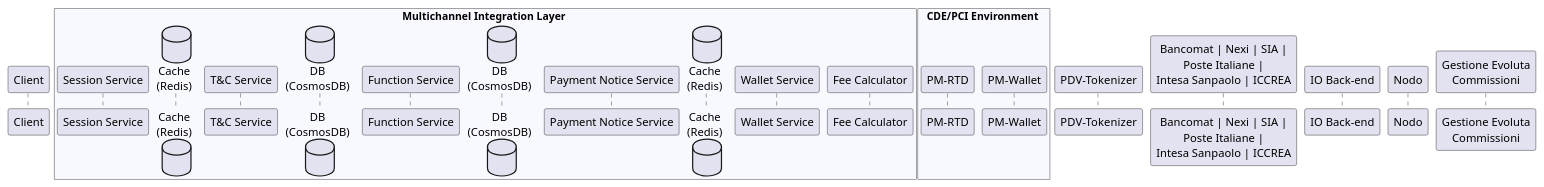
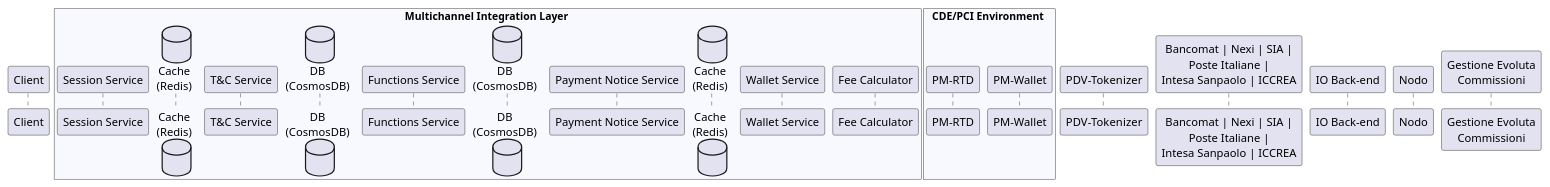
Before and after one commit to pagopa/mil-diags: the diagram in sequence_diags/common/actors.puml, drawn with PlantUML.

Commit message:
"Function" service renamed to "Functions" service.

```diff
--- a/sequence_diags/common/actors.puml
+++ b/sequence_diags/common/actors.puml
@@ -1,30 +1,30 @@
 participant "Client" as Client
 
 box Multichannel Integration Layer #GhostWhite
 	participant "Session Service" as SessionSrv
 	database "Cache\n(Redis)" as SessionCache
 	
 	participant "T&C Service" as TCSrv
 	database "DB\n(CosmosDB)" as TCDB
 	
-	participant "Function Service" as FunctionSrv
+	participant "Functions Service" as FunctionSrv
 	database "DB\n(CosmosDB)" as FunctionDB
 	
 	participant "Payment Notice Service" as NoticeSrv
 	database "Cache\n(Redis)" as NoticeCache
 	
 	participant "Wallet Service" as WalletWrp
 
 	participant "Fee Calculator" as FeeSrv
 end box
 
 box CDE/PCI Environment #GhostWhite
 	participant "PM-RTD" as PANTokenizer
 	participant "PM-Wallet" as Wallet
 end box
 
 participant "PDV-Tokenizer" as Tokenizer
 participant "Bancomat | Nexi | SIA |\nPoste Italiane |\nIntesa Sanpaolo | ICCREA" as ServiceCenter
 participant "IO Back-end" as IO
 participant "Nodo" as Nodo
 participant "Gestione Evoluta\nCommissioni" as GEC
```
